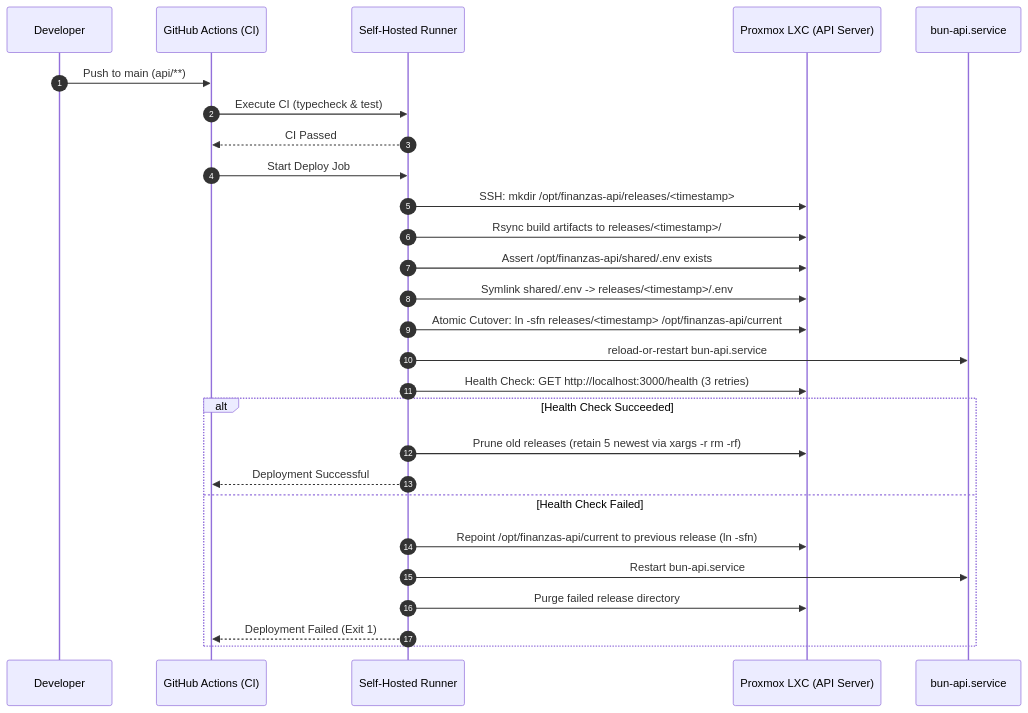
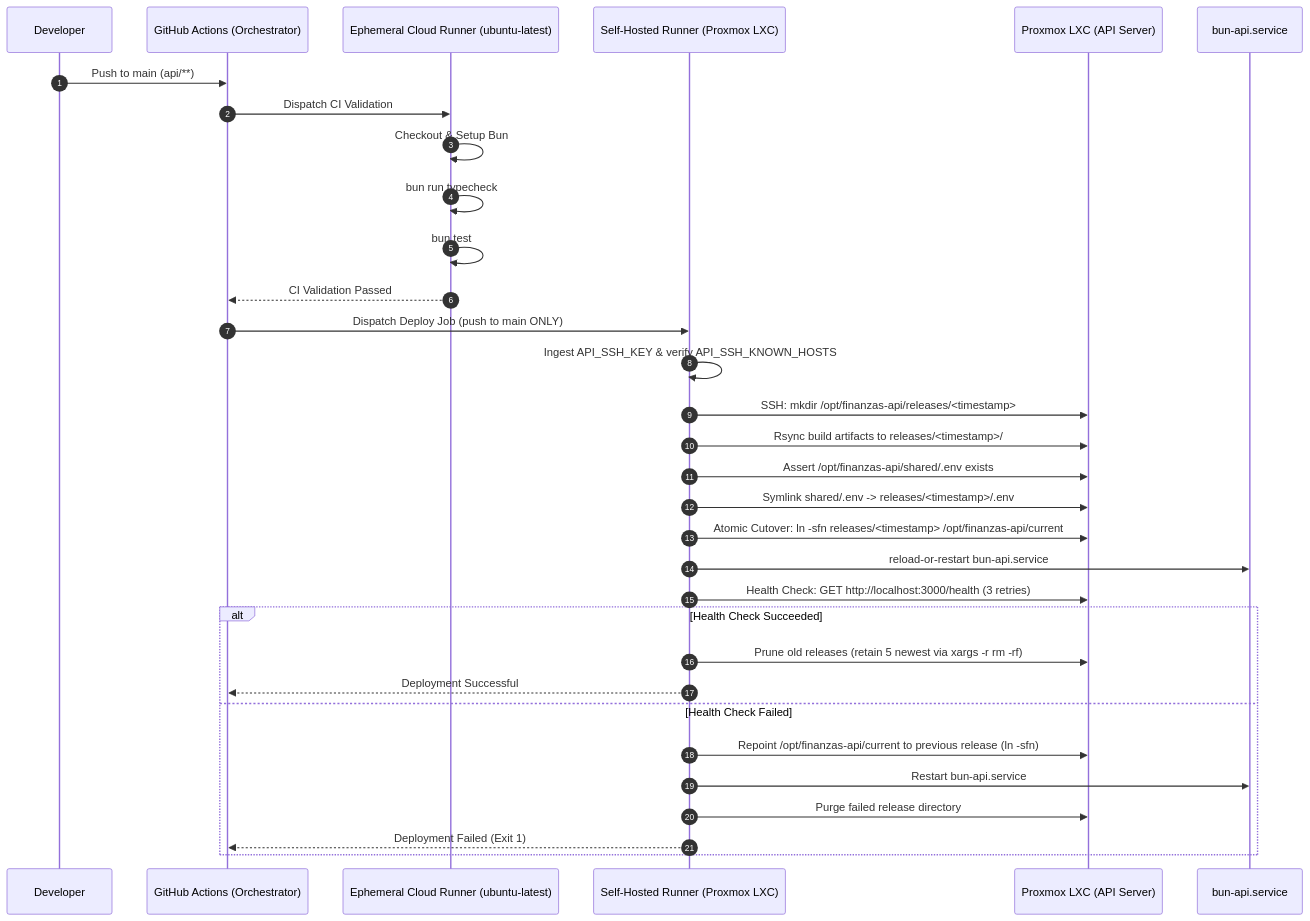
One commit to MTDEV2312/Finanzas_Personales_IA changed the diagram in docs/cicd/ARCHITECTURE.md. Above: the diagram before and after it, drawn with Mermaid. The commit also changed other lines of this file and 8 other files, not shown here.

````diff
--- a/docs/cicd/ARCHITECTURE.md
+++ b/docs/cicd/ARCHITECTURE.md
@@ -109,30 +107,35 @@
 ```mermaid
 sequenceDiagram
     autonumber
     participant Dev as Developer
-    participant GH as GitHub Actions (CI)
-    participant Runner as Self-Hosted Runner
+    participant GH as GitHub Actions (Orchestrator)
+    participant Cloud as Ephemeral Cloud Runner (ubuntu-latest)
+    participant Runner as Self-Hosted Runner (Proxmox LXC)
     participant API as Proxmox LXC (API Server)
     participant Systemd as bun-api.service
 
     Dev->>GH: Push to main (api/**)
-    GH->>Runner: Execute CI (typecheck & test)
-    Runner-->>GH: CI Passed
-    GH->>Runner: Start Deploy Job
+    GH->>Cloud: Dispatch CI Validation
+    Cloud->>Cloud: Checkout & Setup Bun
+    Cloud->>Cloud: bun run typecheck
+    Cloud->>Cloud: bun test
+    Cloud-->>GH: CI Validation Passed
+    GH->>Runner: Dispatch Deploy Job (push to main ONLY)
+    Runner->>Runner: Ingest API_SSH_KEY & verify API_SSH_KNOWN_HOSTS
     Runner->>API: SSH: mkdir /opt/finanzas-api/releases/<timestamp>
     Runner->>API: Rsync build artifacts to releases/<timestamp>/
     Runner->>API: Assert /opt/finanzas-api/shared/.env exists
     Runner->>API: Symlink shared/.env -> releases/<timestamp>/.env
     Runner->>API: Atomic Cutover: ln -sfn releases/<timestamp> /opt/finanzas-api/current
     Runner->>Systemd: reload-or-restart bun-api.service
     Runner->>API: Health Check: GET http://localhost:3000/health (3 retries)
     alt Health Check Succeeded
         Runner->>API: Prune old releases (retain 5 newest via xargs -r rm -rf)
         Runner-->>GH: Deployment Successful
     else Health Check Failed
         Runner->>API: Repoint /opt/finanzas-api/current to previous release (ln -sfn)
         Runner->>Systemd: Restart bun-api.service
         Runner->>API: Purge failed release directory
         Runner-->>GH: Deployment Failed (Exit 1)
     end
 ```
````
